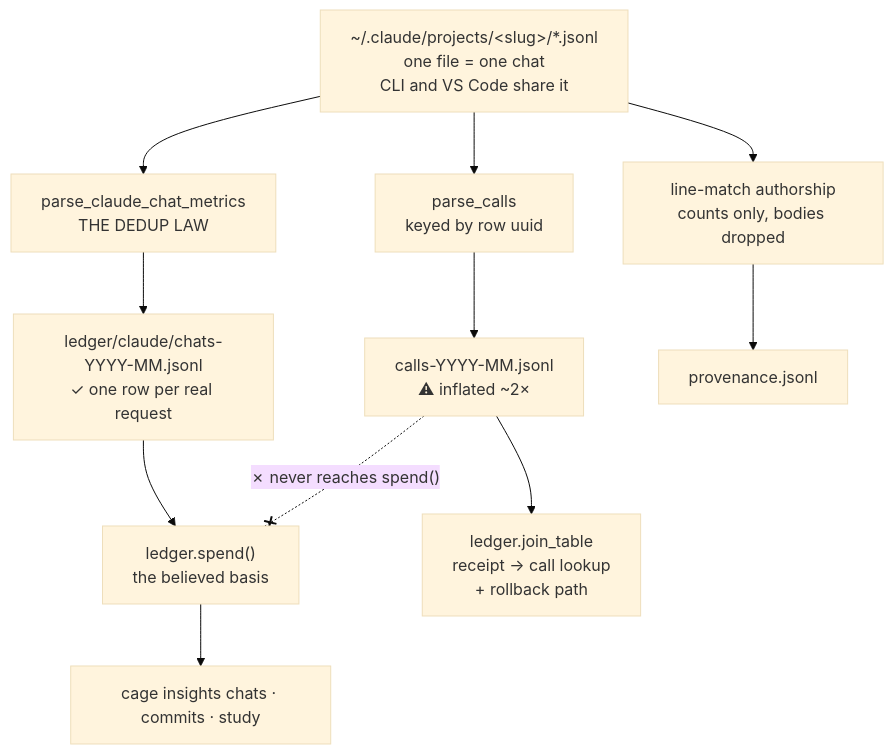
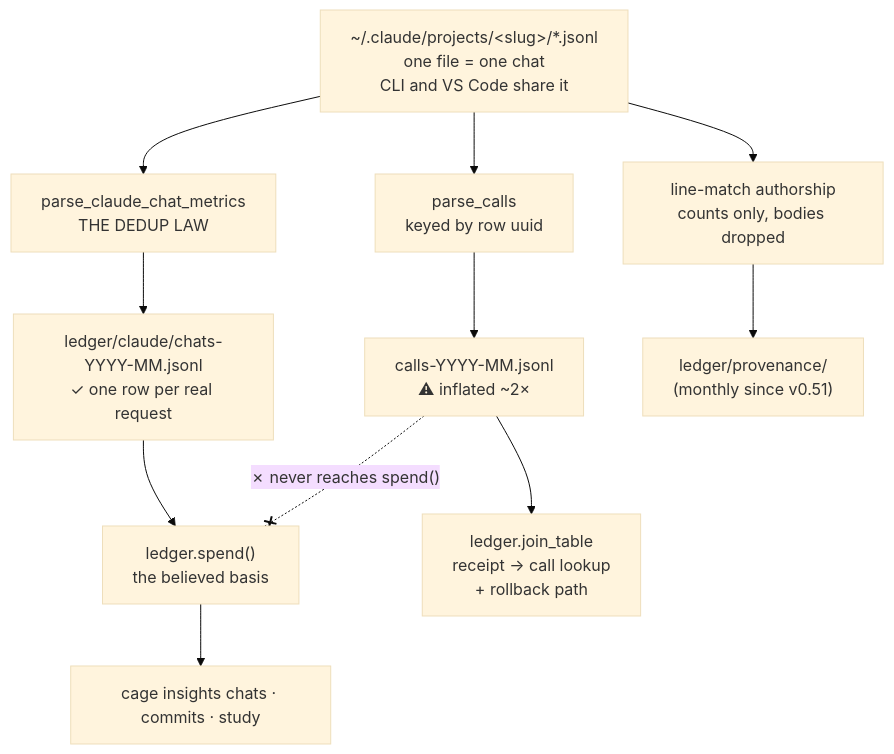
One commit to arpitarya/cage changed the diagram in docs/adr/0003_claude.md. Above: the diagram before and after it, drawn with Mermaid (base theme). The commit also changed other lines of this file and 18 other files, not shown here.

````diff
--- a/docs/adr/0003_claude.md
+++ b/docs/adr/0003_claude.md
@@ -45,14 +45,14 @@
 ```mermaid
 flowchart TD
     T["~/.claude/projects/&lt;slug&gt;/*.jsonl<br/>one file = one chat<br/>CLI and VS Code share it"]
     T --> P1["parse_calls<br/>keyed by row uuid"]
     T --> P2["parse_claude_chat_metrics<br/>THE DEDUP LAW"]
     P1 --> C["calls-YYYY-MM.jsonl<br/>⚠ inflated ~2×"]
     P2 --> M["ledger/claude/chats-YYYY-MM.jsonl<br/>✓ one row per real request"]
     M --> S["ledger.spend()<br/>the believed basis"]
     C --> J["ledger.join_table<br/>receipt → call lookup<br/>+ rollback path"]
     C -. "✗ never reaches spend()" .-x S
     S --> V["cage insights chats · commits · study"]
     T --> A["line-match authorship<br/>counts only, bodies dropped"]
-    A --> PR["provenance.jsonl"]
+    A --> PR["ledger/provenance/<br/>(monthly since v0.51)"]
 ```
````
